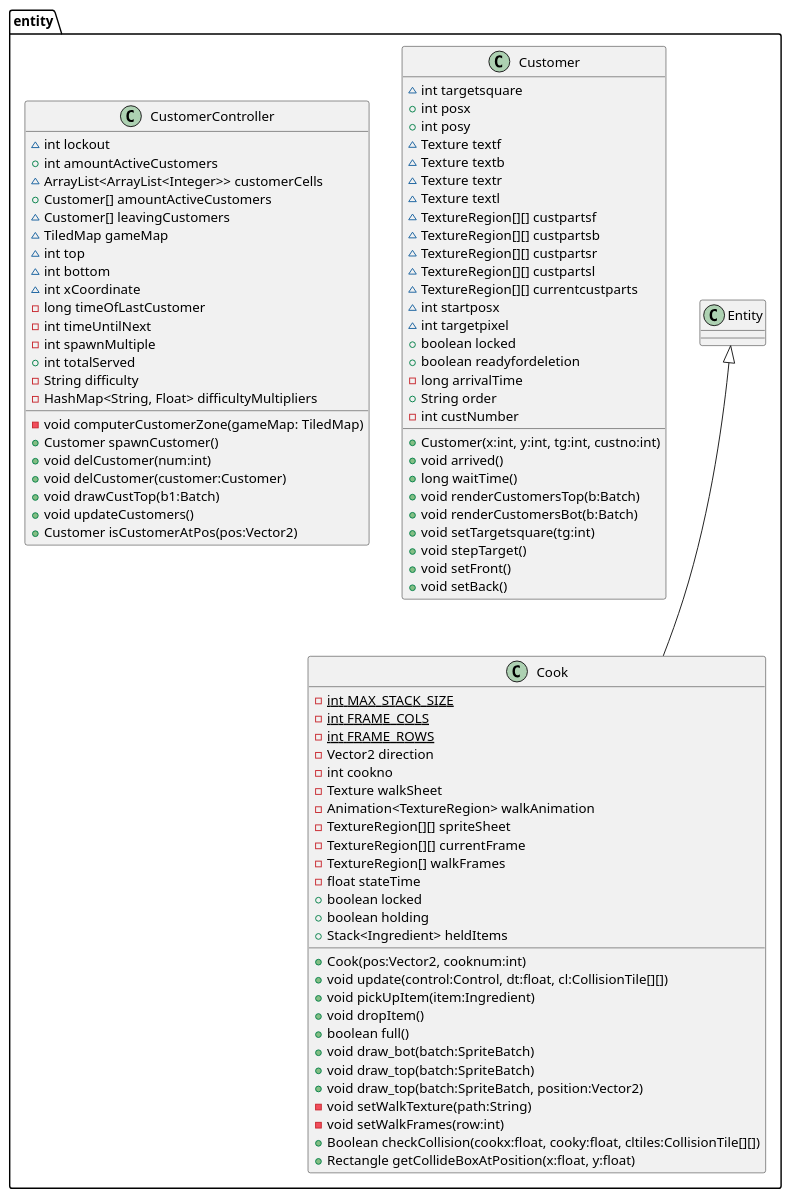
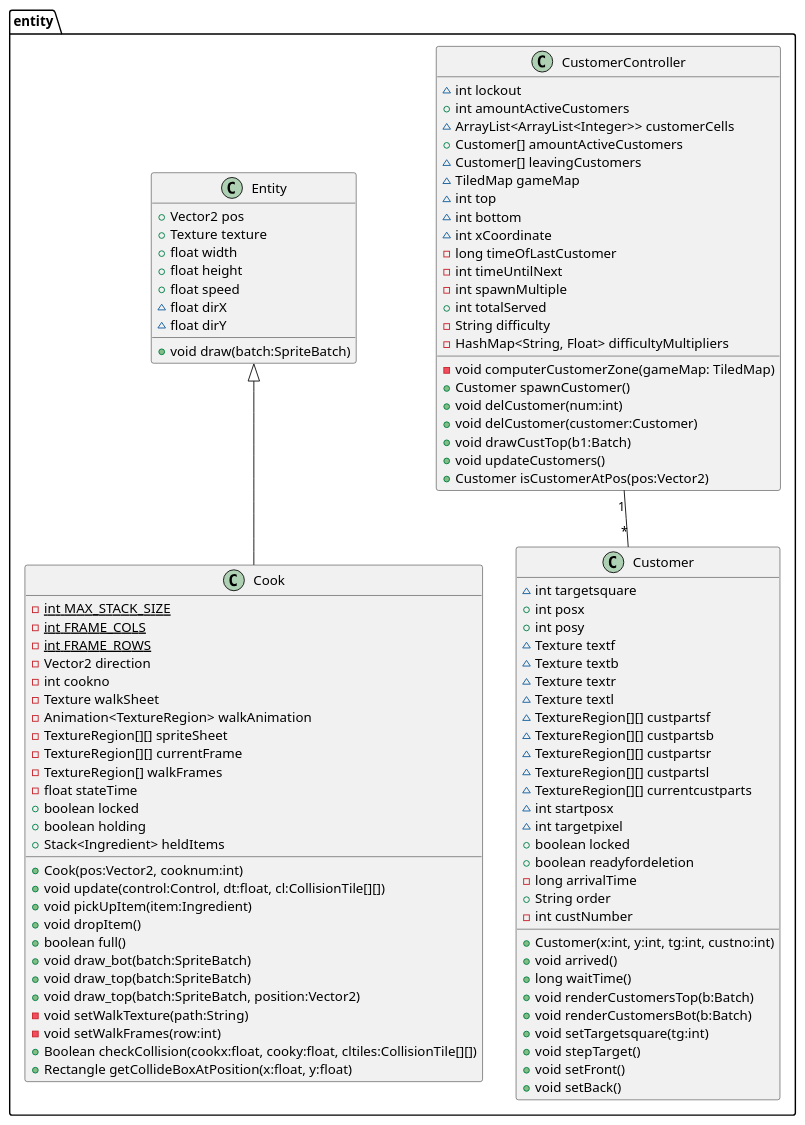
One commit to decassociation/project_eng1_team3 changed the diagram in UMLDiagrams/entity_package.puml. Above: the diagram before and after it, drawn with PlantUML.

Commit message:
Finished entity_package.puml

```diff
--- a/UMLDiagrams/entity_package.puml
+++ b/UMLDiagrams/entity_package.puml
@@ -1,93 +1,104 @@
 @startuml
 'https://plantuml.com/class-diagram
 package "entity"{
+
+CustomerController "1" -- "*" Customer
 
 class Cook extends Entity{
 -{static} int MAX_STACK_SIZE
 -{static} int FRAME_COLS
 -{static} int FRAME_ROWS
 -Vector2 direction
 -int cookno
 -Texture walkSheet
 -Animation<TextureRegion> walkAnimation
 -TextureRegion[][] spriteSheet
 -TextureRegion[][] currentFrame
 -TextureRegion[] walkFrames
 -float stateTime
 +boolean locked
 +boolean holding
 +Stack<Ingredient> heldItems
 +Cook(pos:Vector2, cooknum:int)
 +void update(control:Control, dt:float, cl:CollisionTile[][])
 +void pickUpItem(item:Ingredient)
 +void dropItem()
 +boolean full()
 +void draw_bot(batch:SpriteBatch)
 +void draw_top(batch:SpriteBatch)
 +void draw_top(batch:SpriteBatch, position:Vector2)
 -void setWalkTexture(path:String)
 -void setWalkFrames(row:int)
 +Boolean checkCollision(cookx:float, cooky:float, cltiles:CollisionTile[][])
 +Rectangle getCollideBoxAtPosition(x:float, y:float)
 }
 
 class Customer{
 ~int targetsquare
 +int posx
 +int posy
 ~Texture textf
 ~Texture textb
 ~Texture textr
 ~Texture textl
 ~TextureRegion[][] custpartsf
 ~TextureRegion[][] custpartsb
 ~TextureRegion[][] custpartsr
 ~TextureRegion[][] custpartsl
 ~TextureRegion[][] currentcustparts
 ~int startposx
 ~int targetpixel
 +boolean locked
 +boolean readyfordeletion
 -long arrivalTime
 +String order
 -int custNumber
 +Customer(x:int, y:int, tg:int, custno:int)
 +void arrived()
 +long waitTime()
 +void renderCustomersTop(b:Batch)
 +void renderCustomersBot(b:Batch)
 +void setTargetsquare(tg:int)
 +void stepTarget()
 +void setFront()
 +void setBack()
 }
 
 class CustomerController{
 ~int lockout
 +int amountActiveCustomers
 ~ArrayList<ArrayList<Integer>> customerCells
 +Customer[] amountActiveCustomers
 ~Customer[] leavingCustomers
 ~TiledMap gameMap
 ~int top
 ~int bottom
 ~int xCoordinate
 -long timeOfLastCustomer
 -int timeUntilNext
 -int spawnMultiple
 +int totalServed
 -String difficulty
 -HashMap<String, Float> difficultyMultipliers
 -void computerCustomerZone(gameMap: TiledMap)
 +Customer spawnCustomer()
 +void delCustomer(num:int)
 +void delCustomer(customer:Customer)
 +void drawCustTop(b1:Batch)
 +void updateCustomers()
 +Customer isCustomerAtPos(pos:Vector2)
 }
 
-class Entity{}
+class Entity{
++Vector2 pos
++Texture texture
++float width
++float height
++float speed
+~float dirX
+~float dirY
++void draw(batch:SpriteBatch)
+}
 
 }
 @enduml
```
